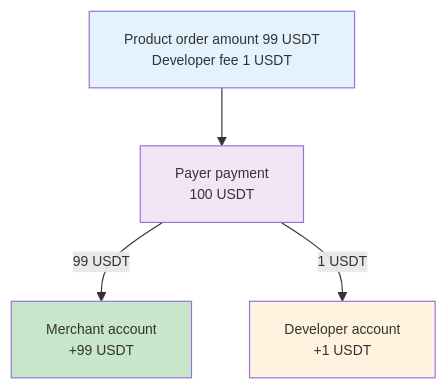
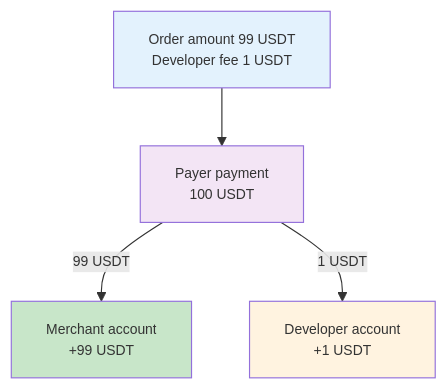
The third of 5 diagrams in payments/en/guides/amounts-and-balances.mdx (CoboGlobal/payments-manual), drawn with Mermaid before and after one commit. The commit also changed other lines of this file and 9 other files, not shown here.

````diff
--- a/payments/en/guides/amounts-and-balances.mdx
+++ b/payments/en/guides/amounts-and-balances.mdx
@@ -95,13 +95,13 @@
 ```mermaid
 %%{init: {'themeVariables': { 'fontSize': '12px'}}}%%
 graph TD
-    A[Product order amount 99 USDT<br/>Developer fee 1 USDT] --> B[Payer payment<br/>100 USDT]
+    A[Order amount 99 USDT<br/>Developer fee 1 USDT] --> B[Payer payment<br/>100 USDT]
     
     B -->|99 USDT| E[Merchant account<br/>+99 USDT]
     B -->|1 USDT| F[Developer account<br/>+1 USDT]
     
     style A fill:#e3f2fd
     style B fill:#f3e5f5
     style E fill:#c8e6c9
     style F fill:#fff3e0
 ```
````
